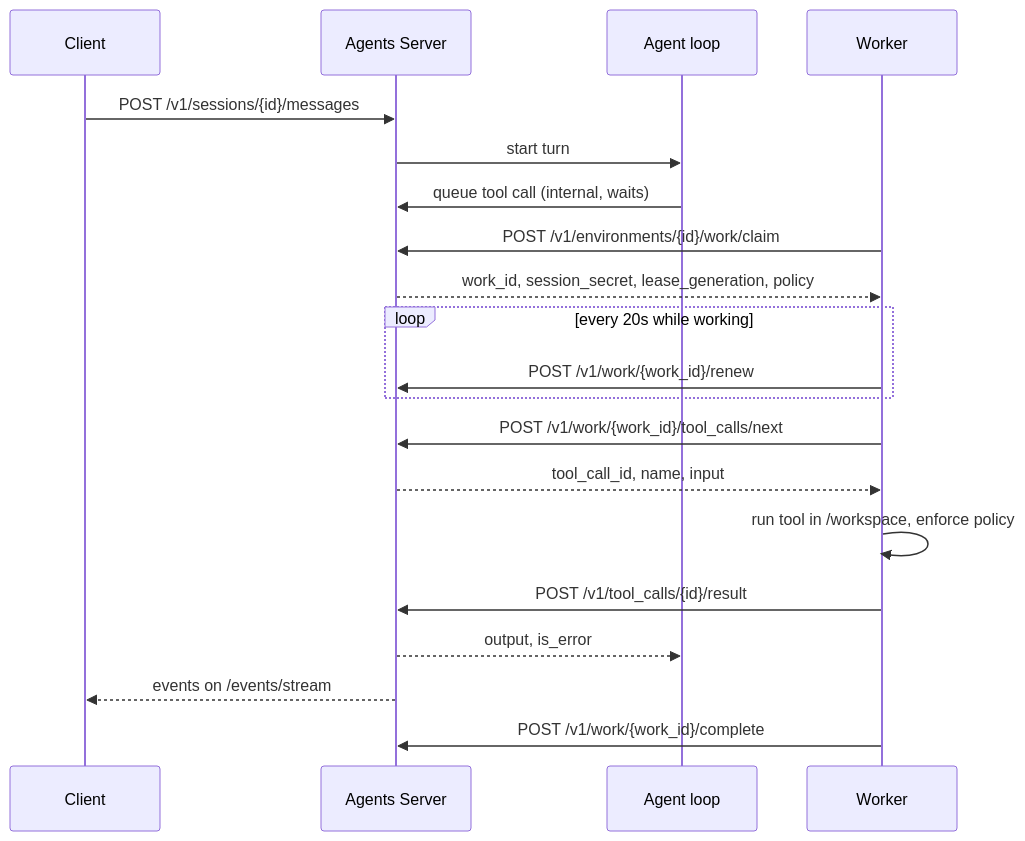
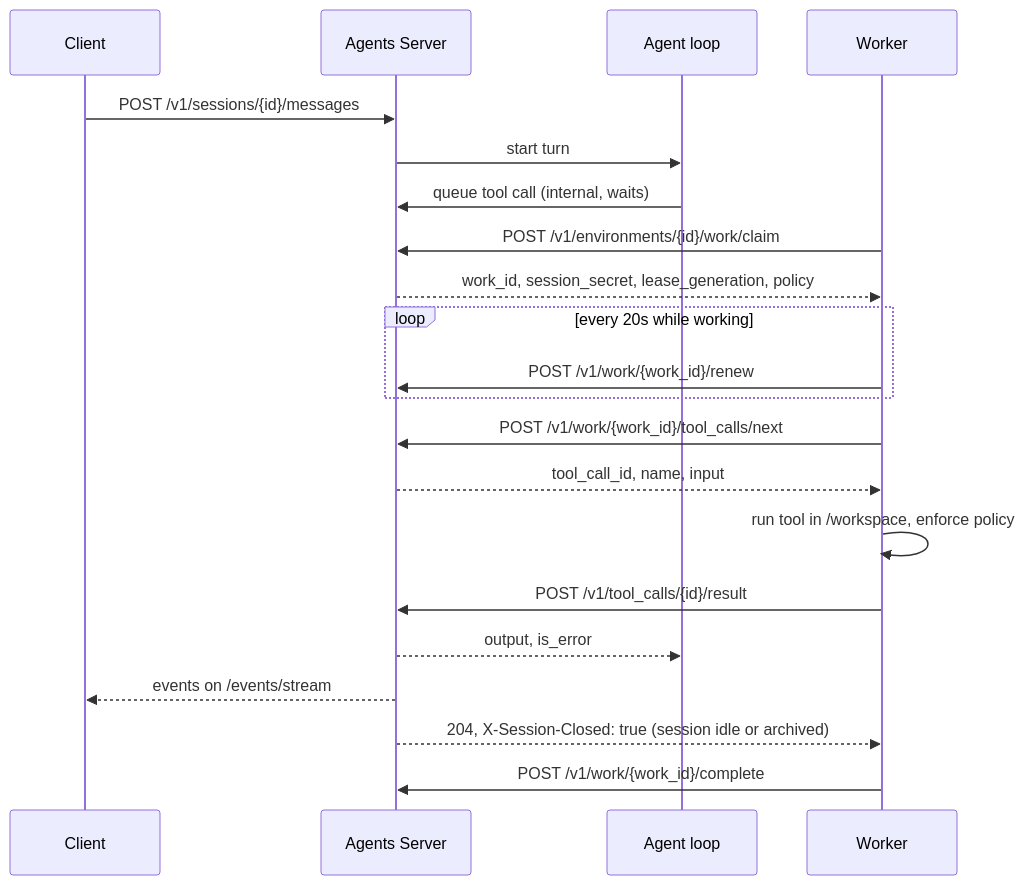
The diagram in surfaces/docs/self-hosted/workers.mdx (Allternit/allternit-platform), drawn with Mermaid before and after one commit. The commit also changed other lines of this file and 18 other files, not shown here.

````diff
--- a/surfaces/docs/self-hosted/workers.mdx
+++ b/surfaces/docs/self-hosted/workers.mdx
@@ -85,23 +104,24 @@
 ```mermaid
 sequenceDiagram
     participant U as Client
     participant S as Agents Server
     participant L as Agent loop
     participant W as Worker
 
     U->>S: POST /v1/sessions/{id}/messages
     S->>L: start turn
     L->>S: queue tool call (internal, waits)
     W->>S: POST /v1/environments/{id}/work/claim
     S-->>W: work_id, session_secret, lease_generation, policy
     loop every 20s while working
         W->>S: POST /v1/work/{work_id}/renew
     end
     W->>S: POST /v1/work/{work_id}/tool_calls/next
     S-->>W: tool_call_id, name, input
     W->>W: run tool in /workspace, enforce policy
     W->>S: POST /v1/tool_calls/{id}/result
     S-->>L: output, is_error
     S-->>U: events on /events/stream
+    S-->>W: 204, X-Session-Closed: true (session idle or archived)
     W->>S: POST /v1/work/{work_id}/complete
 ```
````
